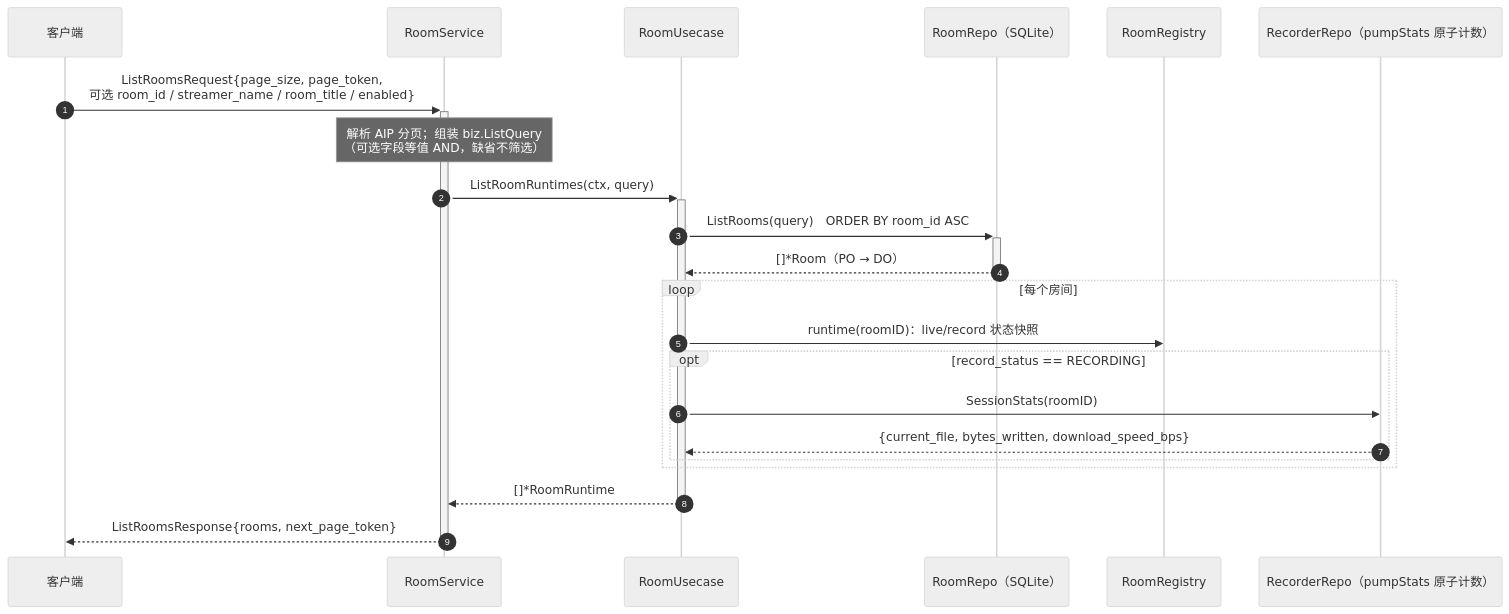
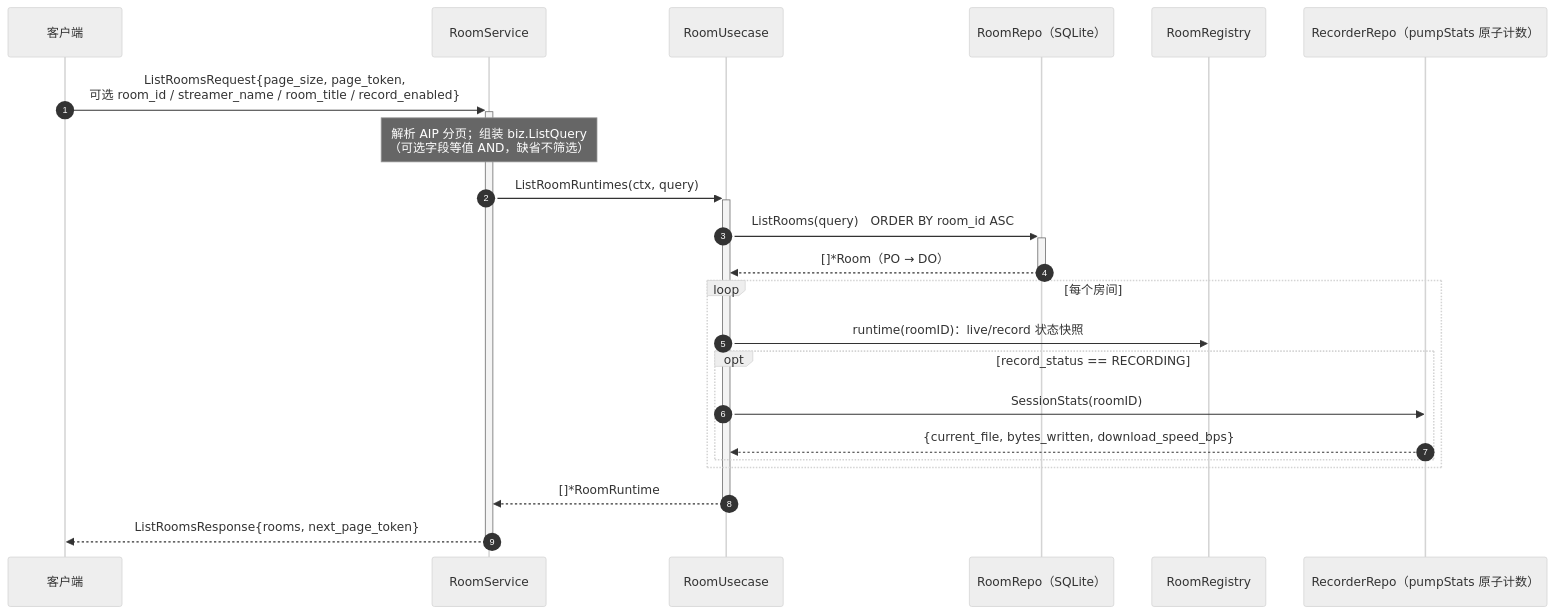
The sixth of 10 diagrams in docs/design/architecture-diagrams.md (xgbt/suika), drawn with Mermaid (neutral theme) before and after one commit. The commit also changed other lines of this file and 19 other files, not shown here.

First line of the commit message:
refactor: rename 'enabled' to 'record_enabled' in session policy and related components

````diff
--- a/docs/design/architecture-diagrams.md
+++ b/docs/design/architecture-diagrams.md
@@ -280,25 +280,25 @@
 ```mermaid
 sequenceDiagram
     autonumber
     participant C as 客户端
     participant S as RoomService
     participant U as RoomUsecase
     participant R as RoomRepo（SQLite）
     participant G as RoomRegistry
     participant RR as RecorderRepo（pumpStats 原子计数）
 
-    C->>+S: ListRoomsRequest{page_size, page_token,<br/>可选 room_id / streamer_name / room_title / enabled}
+    C->>+S: ListRoomsRequest{page_size, page_token,<br/>可选 room_id / streamer_name / room_title / record_enabled}
     Note over S: 解析 AIP 分页；组装 biz.ListQuery<br/>（可选字段等值 AND，缺省不筛选）
     S->>+U: ListRoomRuntimes(ctx, query)
     U->>+R: ListRooms(query)　ORDER BY room_id ASC
     R-->>-U: []*Room（PO → DO）
     loop 每个房间
         U->>G: runtime(roomID)：live/record 状态快照
         opt record_status == RECORDING
             U->>RR: SessionStats(roomID)
             RR-->>U: {current_file, bytes_written, download_speed_bps}
         end
     end
     U-->>-S: []*RoomRuntime
     S-->>-C: ListRoomsResponse{rooms, next_page_token}
 ```
````
